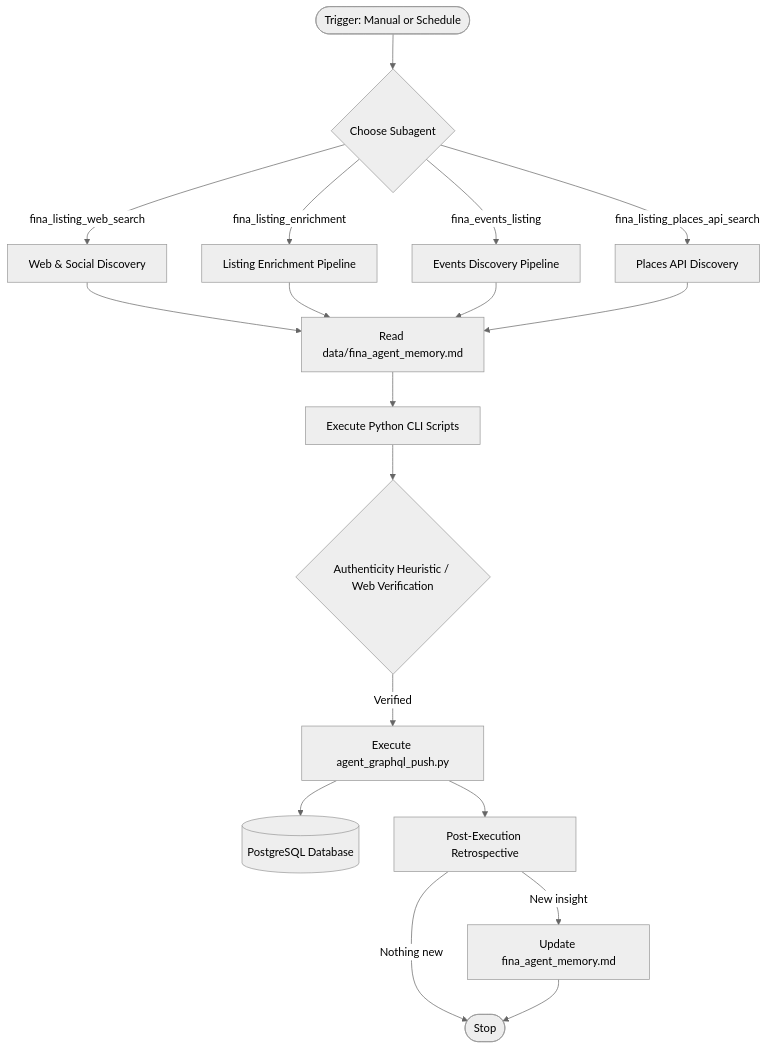
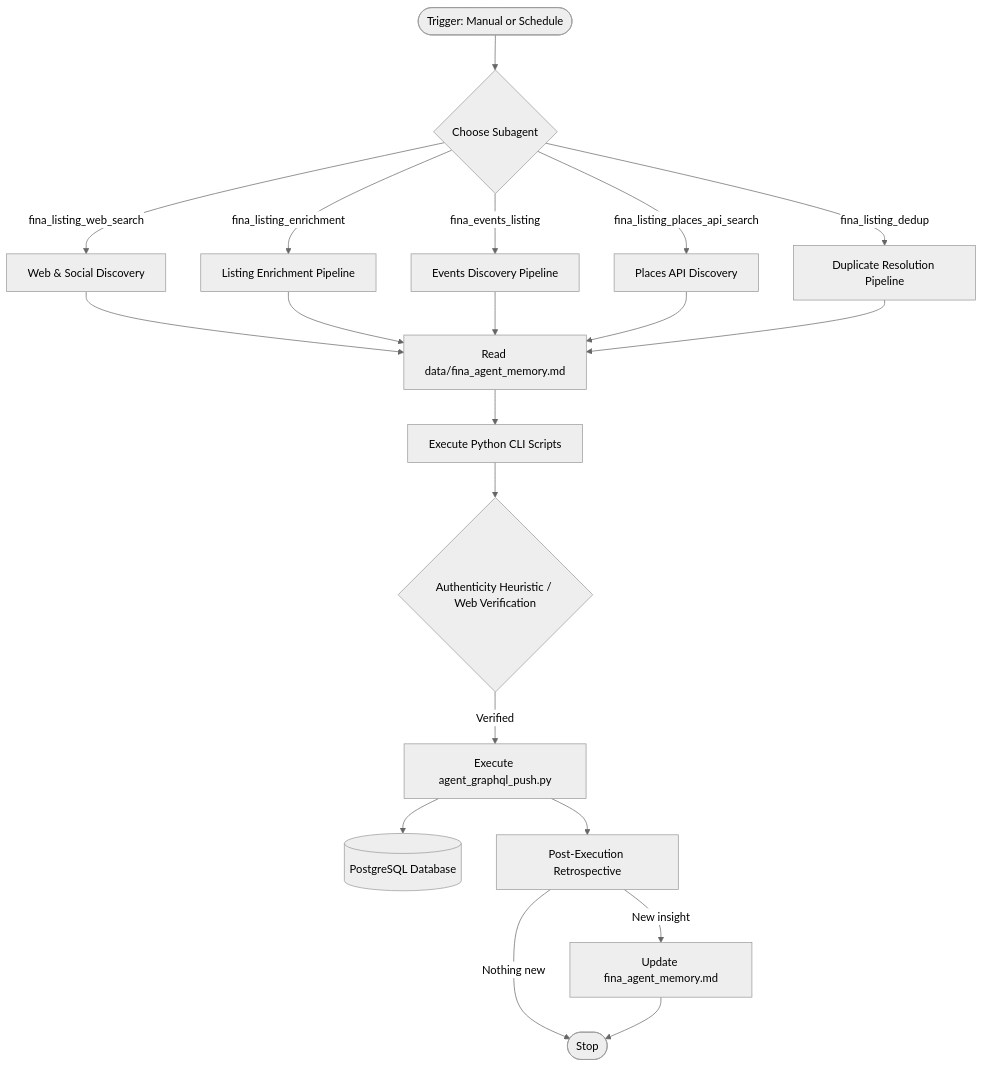
One commit to deriveraryan/fina-agent changed the diagram in AGENTS.md. Above: the diagram before and after it, drawn with Mermaid (neutral theme). The commit also changed other lines of this file and 8 other files, not shown here.

First line of the commit message:
feat(scripts): add fina_listing_dedup skill with blocking engine and CLI

````diff
--- a/AGENTS.md
+++ b/AGENTS.md
@@ -11,19 +11,20 @@
 ```mermaid
 flowchart TD
     Start(["Trigger: Manual or Schedule"]) --> AgentSelect{"Choose Subagent"}
     
     AgentSelect -->|fina_listing_web_search| WebFlow["Web & Social Discovery"]
     AgentSelect -->|fina_listing_enrichment| EnrichFlow["Listing Enrichment Pipeline"]
     AgentSelect -->|fina_events_listing| EventsFlow["Events Discovery Pipeline"]
     AgentSelect -->|fina_listing_places_api_search| PlacesFlow["Places API Discovery"]
+    AgentSelect -->|fina_listing_dedup| DedupFlow["Duplicate Resolution Pipeline"]
 
-    WebFlow & EnrichFlow & EventsFlow & PlacesFlow --> ReadMemory["Read data/fina_agent_memory.md"]
+    WebFlow & EnrichFlow & EventsFlow & PlacesFlow & DedupFlow --> ReadMemory["Read data/fina_agent_memory.md"]
     ReadMemory --> PythonCLI["Execute Python CLI Scripts"]
     PythonCLI --> Verification{"Authenticity Heuristic / Web Verification"}
     Verification -->|Verified| GQLPush["Execute agent_graphql_push.py"]
     GQLPush --> PostgreSQL[(PostgreSQL Database)]
     GQLPush --> Retro["Post-Execution Retrospective"]
     Retro -->|New insight| UpdateMemory["Update fina_agent_memory.md"]
     Retro -->|Nothing new| Stop(["Stop"])
     UpdateMemory --> Stop
 ```
````
